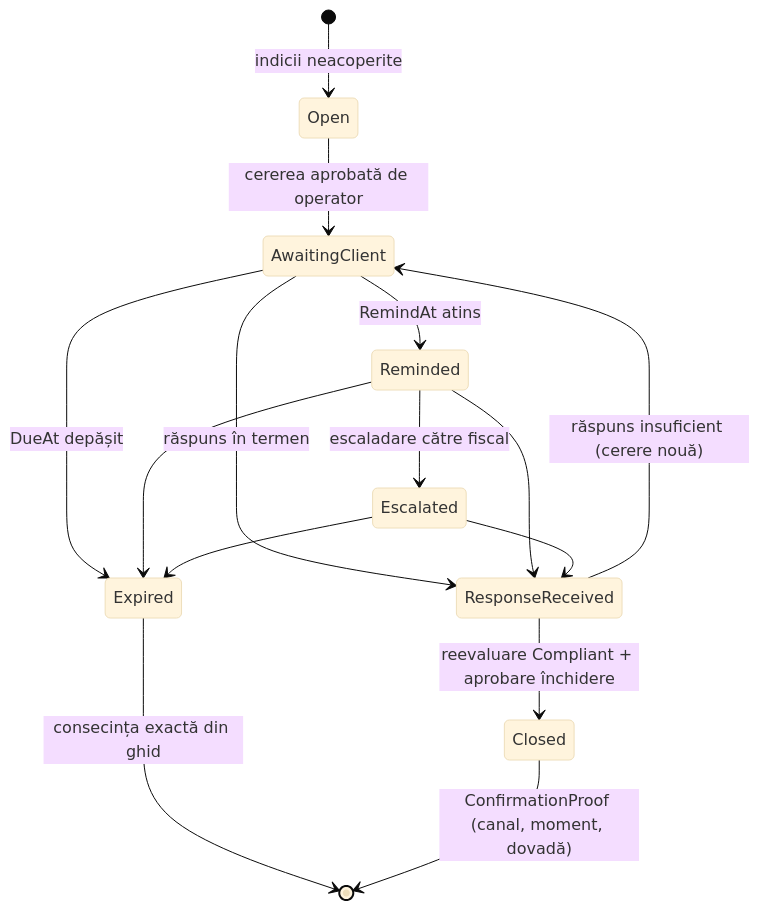
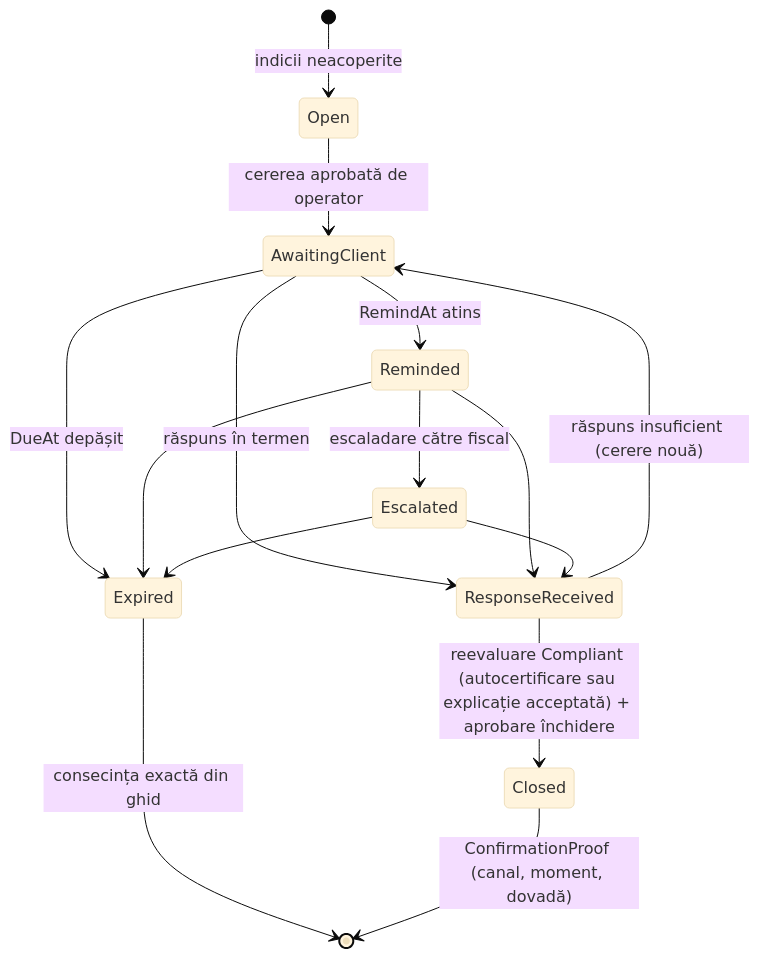
Before and after one commit to AlexandruAchilleF/nexxt-ai-summit-hackathon: the third of 5 diagrams in docs/PLAN.md, drawn with Mermaid (base theme). The commit also changed other lines of this file and 39 other files, not shown here.

````diff
--- a/docs/PLAN.md
+++ b/docs/PLAN.md
@@ -553,17 +623,17 @@
 ```mermaid
 stateDiagram-v2
   [*] --> Open: indicii neacoperite
   Open --> AwaitingClient: cererea aprobată de operator
   AwaitingClient --> ResponseReceived: răspuns în termen
   AwaitingClient --> Reminded: RemindAt atins
   Reminded --> Escalated: escaladare către fiscal
   Reminded --> ResponseReceived
   Escalated --> ResponseReceived
-  ResponseReceived --> Closed: reevaluare Compliant + aprobare închidere
+  ResponseReceived --> Closed: reevaluare Compliant (autocertificare sau explicație acceptată) + aprobare închidere
   ResponseReceived --> AwaitingClient: răspuns insuficient (cerere nouă)
   AwaitingClient --> Expired: DueAt depășit
   Reminded --> Expired
   Escalated --> Expired
   Expired --> [*]: consecința exactă din ghid
   Closed --> [*]: ConfirmationProof (canal, moment, dovadă)
 ```
````
